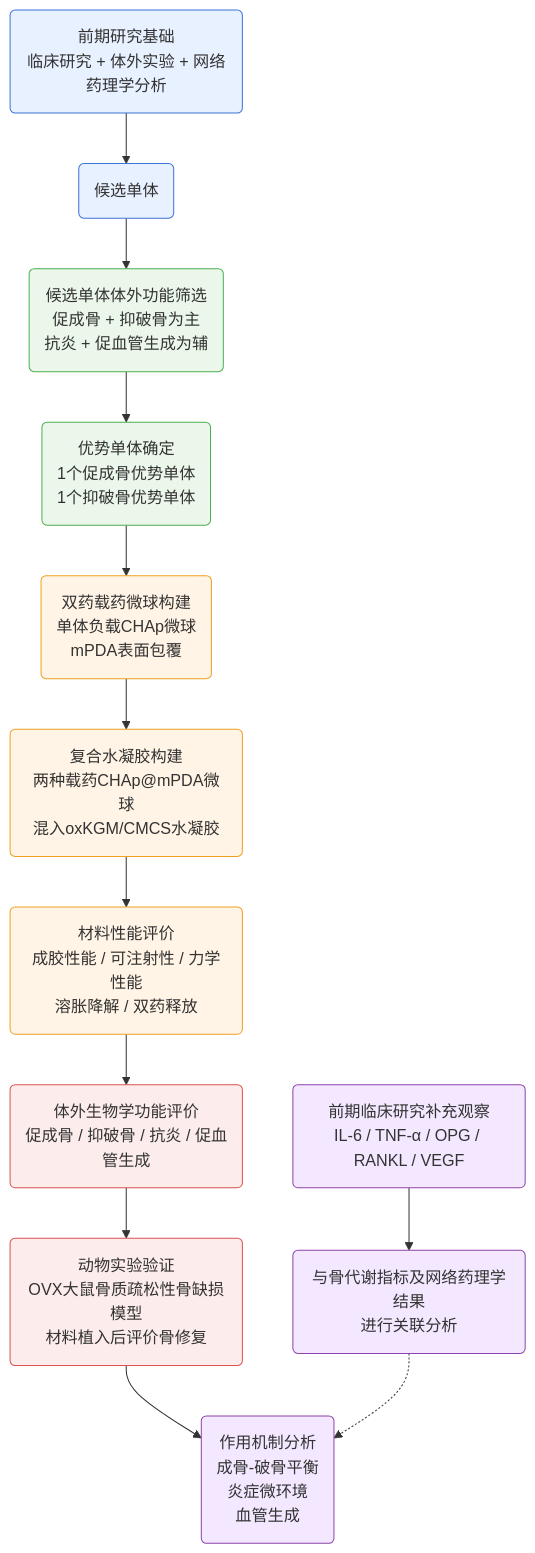
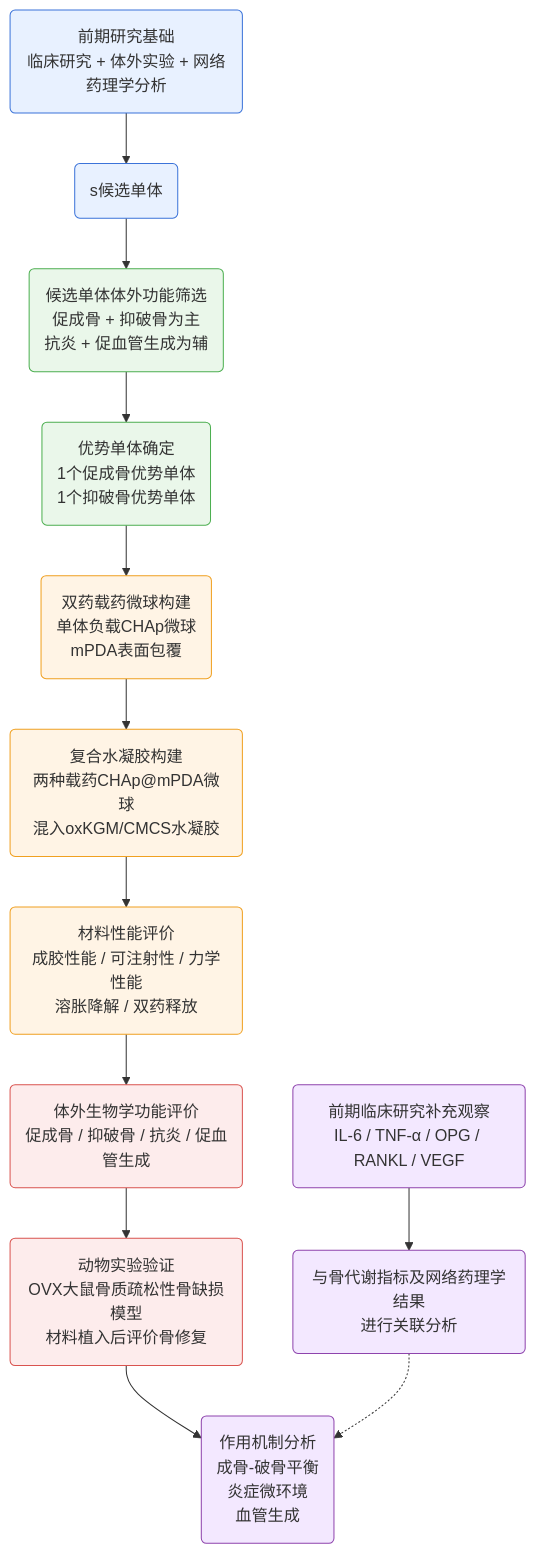
Before and after one commit to Yaotian99/iodraw-files: the diagram in all/未命名-1.md, drawn with Mermaid.

Commit message:
2026-06-28 09:00:53 update

````diff
--- a/all/未命名-1.md
+++ b/all/未命名-1.md
@@ -1,39 +1,39 @@
 ```mermaid
 graph TD
 
-    A("前期研究基础<br/>临床研究 + 体外实验 + 网络药理学分析") --> B("候选单体")
+    A("前期研究基础<br/>临床研究 + 体外实验 + 网络药理学分析") --> B("s候选单体")
 
     B --> C("候选单体体外功能筛选<br/>促成骨 + 抑破骨为主<br/>抗炎 + 促血管生成为辅")
 
     C --> D("优势单体确定<br/>1个促成骨优势单体<br/>1个抑破骨优势单体")
 
     D --> E("双药载药微球构建<br/>单体负载CHAp微球<br/>mPDA表面包覆")
 
     E --> F("复合水凝胶构建<br/>两种载药CHAp@mPDA微球<br/>混入oxKGM/CMCS水凝胶")
 
     F --> G("材料性能评价<br/>成胶性能 / 可注射性 / 力学性能<br/>溶胀降解 / 双药释放")
 
     G --> H("体外生物学功能评价<br/>促成骨 / 抑破骨 / 抗炎 / 促血管生成")
 
     H --> I("动物实验验证<br/>OVX大鼠骨质疏松性骨缺损模型<br/>材料植入后评价骨修复")
 
     I --> J("作用机制分析<br/>成骨-破骨平衡<br/>炎症微环境<br/>血管生成")
 
     K("前期临床研究补充观察<br/>IL-6 / TNF-α / OPG / RANKL / VEGF") --> L("与骨代谢指标及网络药理学结果<br/>进行关联分析")
 
     L -.-> J
 
     style A fill:#E8F1FF,stroke:#3B73D9,stroke-width:1px
     style B fill:#E8F1FF,stroke:#3B73D9,stroke-width:1px
     style C fill:#EAF7EA,stroke:#4CAF50,stroke-width:1px
     style D fill:#EAF7EA,stroke:#4CAF50,stroke-width:1px
     style E fill:#FFF4E5,stroke:#F0A020,stroke-width:1px
     style F fill:#FFF4E5,stroke:#F0A020,stroke-width:1px
     style G fill:#FFF4E5,stroke:#F0A020,stroke-width:1px
     style H fill:#FDECEC,stroke:#D9534F,stroke-width:1px
     style I fill:#FDECEC,stroke:#D9534F,stroke-width:1px
     style J fill:#F3E8FF,stroke:#8E44AD,stroke-width:1px
     style K fill:#F3E8FF,stroke:#8E44AD,stroke-width:1px
     style L fill:#F3E8FF,stroke:#8E44AD,stroke-width:1px
   
 ```
````
